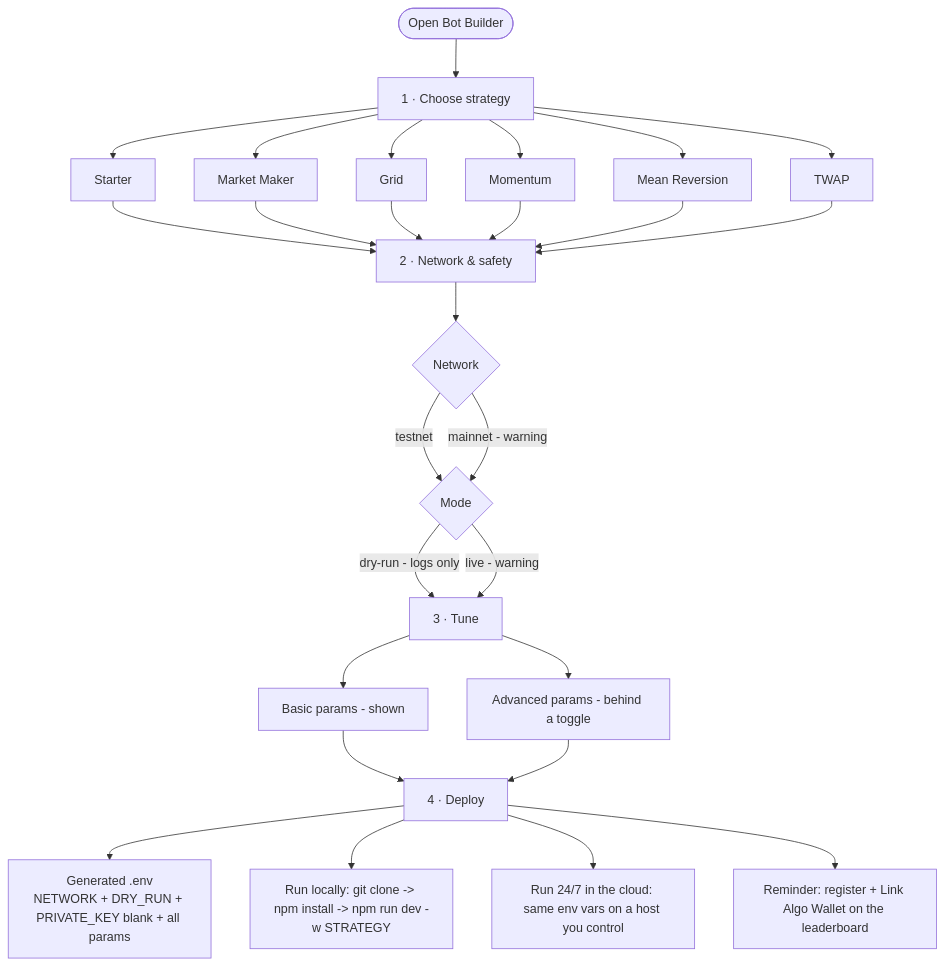
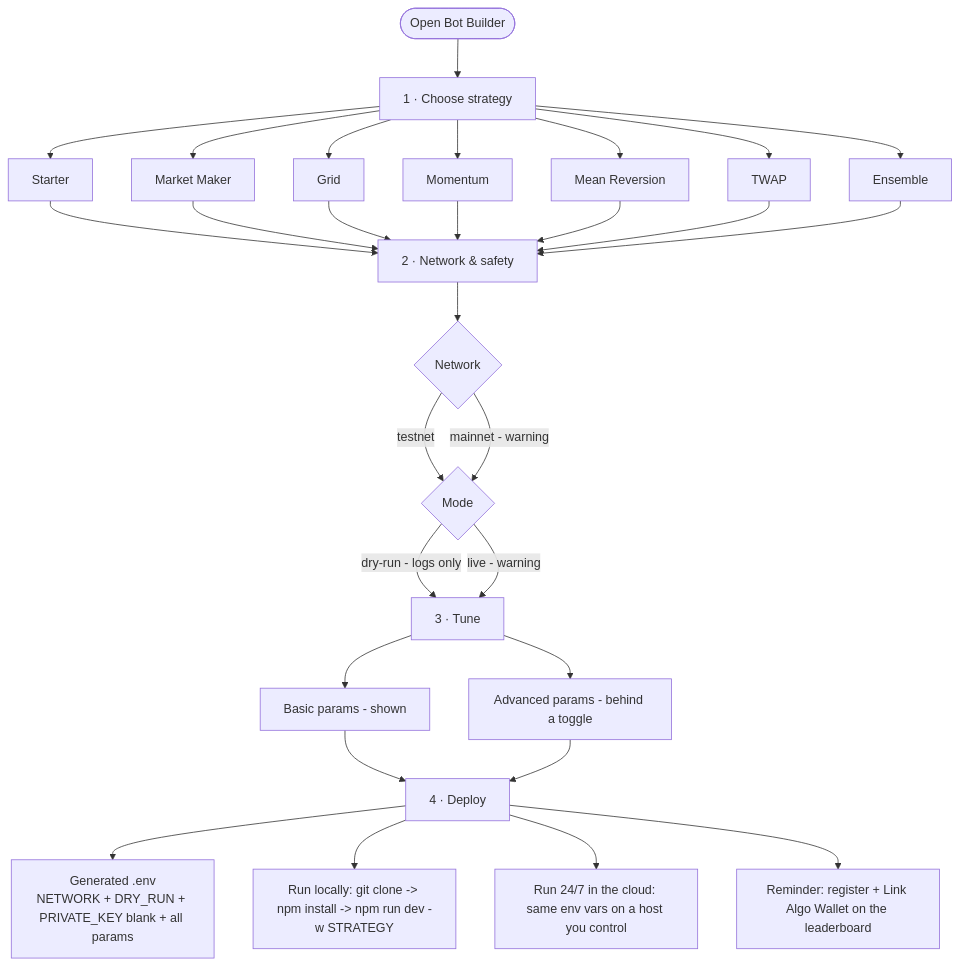
One commit to emrestay/dreamdex-bot-builder changed the diagram in FLOW.md. Above: the diagram before and after it, drawn with Mermaid. The commit also changed other lines of this file and 3 other files, not shown here.

````diff
--- a/FLOW.md
+++ b/FLOW.md
@@ -10,27 +10,28 @@
 ```mermaid
 flowchart TD
   A([Open Bot Builder]) --> B[1 · Choose strategy]
 
   B --> S1[Starter]
   B --> S2[Market Maker]
   B --> S3[Grid]
   B --> S4[Momentum]
   B --> S5[Mean Reversion]
   B --> S6[TWAP]
+  B --> S7[Ensemble]
 
-  S1 & S2 & S3 & S4 & S5 & S6 --> N[2 · Network & safety]
+  S1 & S2 & S3 & S4 & S5 & S6 & S7 --> N[2 · Network & safety]
   N --> N1{Network}
   N1 -->|testnet| N2{Mode}
   N1 -->|mainnet - warning| N2
   N2 -->|dry-run - logs only| T[3 · Tune]
   N2 -->|live - warning| T
 
   T --> T1[Basic params - shown]
   T --> T2[Advanced params - behind a toggle]
   T1 & T2 --> D[4 · Deploy]
 
   D --> O1[Generated .env<br/>NETWORK + DRY_RUN + PRIVATE_KEY blank + all params]
   D --> O2[Run locally: git clone -> npm install -> npm run dev -w STRATEGY]
   D --> O3[Run 24/7 in the cloud: same env vars on a host you control]
   D --> O4[Reminder: register + Link Algo Wallet on the leaderboard]
 ```
````
